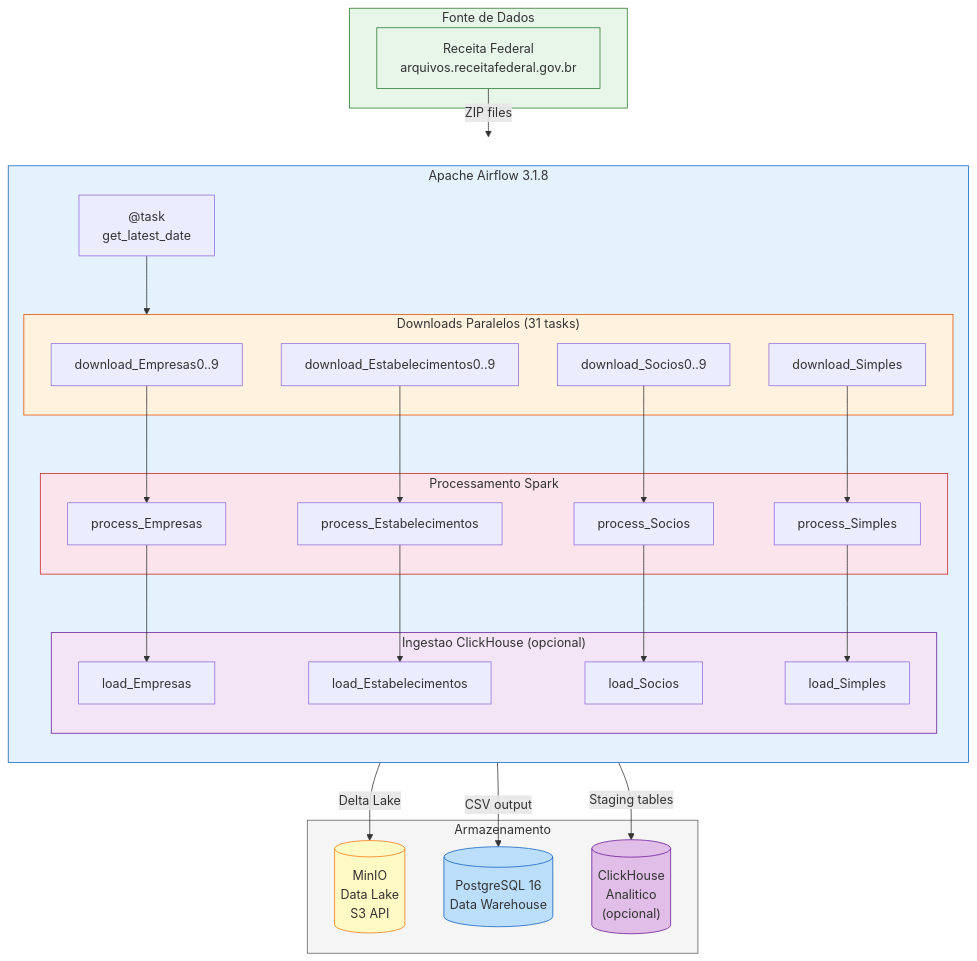
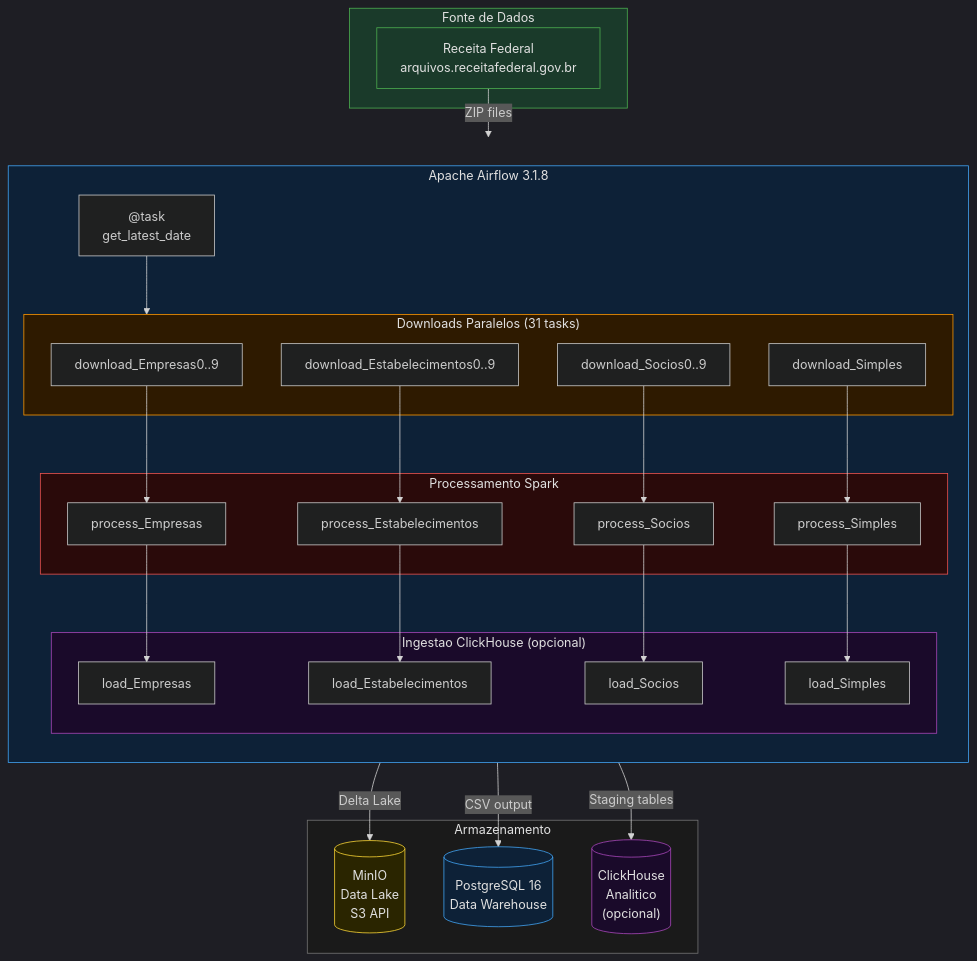
Before and after one commit to fujiiatila-dev/receita-pipeline-csv: the first of 2 diagrams in README.md, drawn with Mermaid. The commit also changed other lines of this file, not shown here.

Commit message:
docs: alterar diagramas Mermaid para dark mode

````diff
--- a/README.md
+++ b/README.md
@@ -58,65 +58,66 @@
 ```mermaid
+%%{init: {'theme': 'dark'}}%%
 graph TB
     subgraph Fonte["Fonte de Dados"]
         RF["Receita Federal<br/>arquivos.receitafederal.gov.br"]
     end
 
     subgraph Airflow["Apache Airflow 3.1.8"]
         direction TB
         T1["@task<br/>get_latest_date"]
         
         subgraph Downloads["Downloads Paralelos (31 tasks)"]
             D1["download_Empresas0..9"]
             D2["download_Estabelecimentos0..9"]
             D3["download_Socios0..9"]
             D4["download_Simples"]
         end
 
         subgraph Spark["Processamento Spark"]
             S1["process_Empresas"]
             S2["process_Estabelecimentos"]
             S3["process_Socios"]
             S4["process_Simples"]
         end
 
         subgraph Load["Ingestao ClickHouse (opcional)"]
             L1["load_Empresas"]
             L2["load_Estabelecimentos"]
             L3["load_Socios"]
             L4["load_Simples"]
         end
 
         T1 --> Downloads
         D1 --> S1
         D2 --> S2
         D3 --> S3
         D4 --> S4
         S1 --> L1
         S2 --> L2
         S3 --> L3
         S4 --> L4
     end
 
     RF -->|"ZIP files"| Downloads
 
     subgraph Storage["Armazenamento"]
         MINIO[("MinIO<br/>Data Lake<br/>S3 API")]
         PG[("PostgreSQL 16<br/>Data Warehouse")]
         CH[("ClickHouse<br/>Analitico<br/>(opcional)")]
     end
 
     Spark -->|"Delta Lake"| MINIO
     Spark -->|"CSV output"| PG
     Load -->|"Staging tables"| CH
 
-    style Fonte fill:#e8f5e9,stroke:#2e7d32
-    style Airflow fill:#e3f2fd,stroke:#1565c0
-    style Downloads fill:#fff3e0,stroke:#e65100
-    style Spark fill:#fce4ec,stroke:#c62828
-    style Load fill:#f3e5f5,stroke:#6a1b9a
-    style Storage fill:#f5f5f5,stroke:#616161
-    style RF fill:#e8f5e9,stroke:#2e7d32
-    style MINIO fill:#fff9c4,stroke:#f57f17
-    style PG fill:#bbdefb,stroke:#1565c0
-    style CH fill:#e1bee7,stroke:#6a1b9a
+    style Fonte fill:#1a3a2a,stroke:#4caf50,color:#e0e0e0
+    style Airflow fill:#0d2137,stroke:#42a5f5,color:#e0e0e0
+    style Downloads fill:#2e1a00,stroke:#ff9800,color:#e0e0e0
+    style Spark fill:#2a0a0a,stroke:#ef5350,color:#e0e0e0
+    style Load fill:#1a0a2a,stroke:#ab47bc,color:#e0e0e0
+    style Storage fill:#1a1a1a,stroke:#757575,color:#e0e0e0
+    style RF fill:#1a3a2a,stroke:#4caf50,color:#e0e0e0
+    style MINIO fill:#2a2500,stroke:#fdd835,color:#e0e0e0
+    style PG fill:#0d2137,stroke:#42a5f5,color:#e0e0e0
+    style CH fill:#1a0a2a,stroke:#ab47bc,color:#e0e0e0
 ```
````
